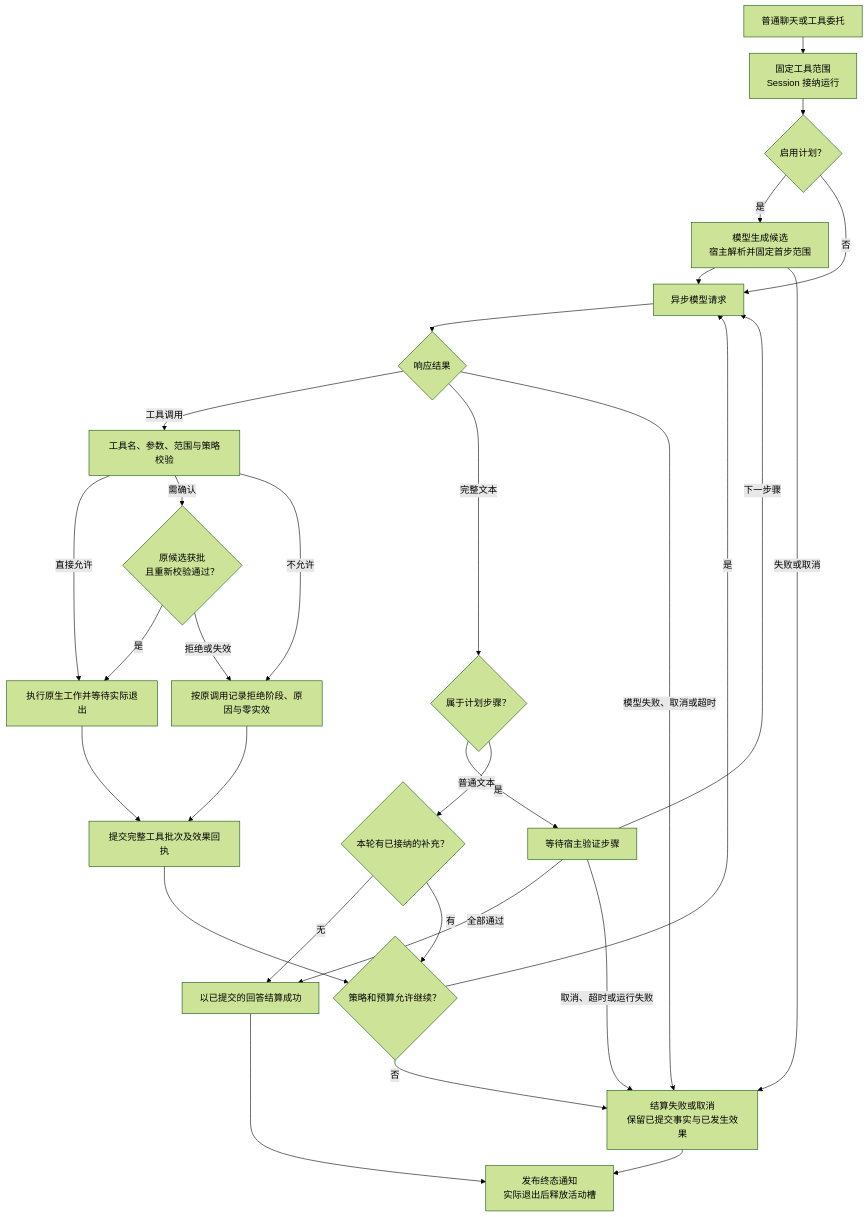
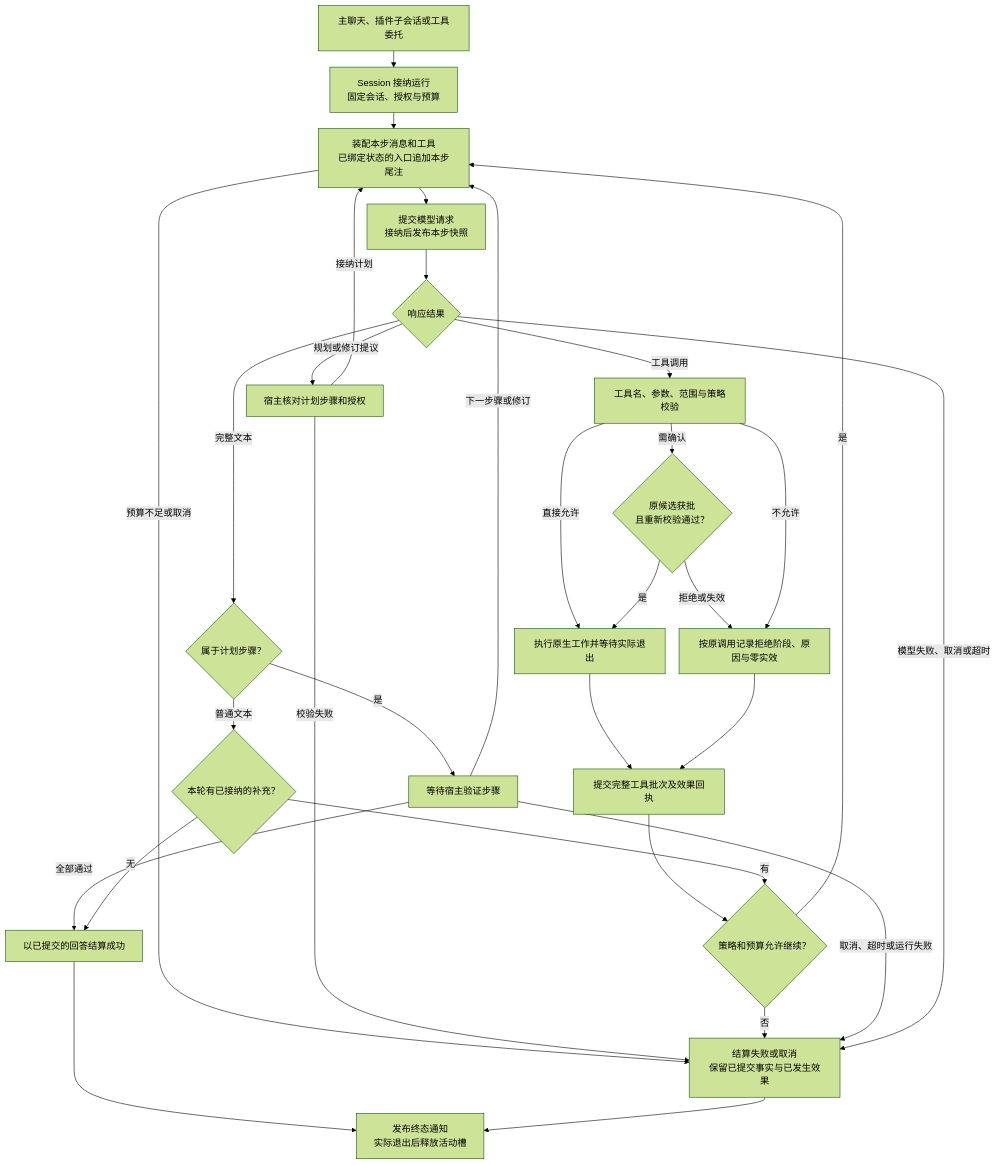
One commit to AuraKaliya/DaFeiYu- changed the second of 5 diagrams in docs/architecture.md. Above: the diagram before and after it, drawn with Mermaid (forest theme). The commit also changed other lines of this file and 5 other files, not shown here.

````diff
--- a/docs/architecture.md
+++ b/docs/architecture.md
@@ -127,38 +128,39 @@
 ```mermaid
 ---
 config:
   flowchart:
     rankSpacing: 28
     nodeSpacing: 24
 ---
 flowchart TB
-    Input["普通聊天或工具委托"] --> Session["固定工具范围<br/>Session 接纳运行"]
-    Session --> Mode{"启用计划？"}
-    Mode -->|是| Prepare["模型生成候选<br/>宿主解析并固定首步范围"]
-    Prepare --> Model["异步模型请求"]
-    Prepare -->|失败或取消| Stop
-    Mode -->|否| Model
+    Input["主聊天、插件子会话或工具委托"] --> Session["Session 接纳运行<br/>固定会话、授权与预算"]
+    Session --> Prepare["装配本步消息和工具<br/>已绑定状态的入口追加本步尾注"]
+    Prepare --> Model["提交模型请求<br/>接纳后发布本步快照"]
+    Prepare -->|预算不足或取消| Stop
     Model --> Response{"响应结果"}
+    Response -->|规划或修订提议| Proposal["宿主核对计划步骤和授权"]
+    Proposal -->|接纳计划| Prepare
+    Proposal -->|校验失败| Stop
     Response -->|工具调用| Check["工具名、参数、范围与策略校验"]
     Check -->|直接允许| Work["执行原生工作并等待实际退出"]
     Check -->|需确认| Approval{"原候选获批<br/>且重新校验通过？"}
     Approval -->|是| Work
     Approval -->|拒绝或失效| Rejected["按原调用记录拒绝阶段、原因与零实效"]
     Check -->|不允许| Rejected
     Work --> Results["提交完整工具批次及效果回执"]
     Rejected --> Results
     Results --> Continue{"策略和预算允许继续？"}
-    Continue -->|是| Model
+    Continue -->|是| Prepare
     Continue -->|否| Stop["结算失败或取消<br/>保留已提交事实与已发生效果"]
     Response -->|完整文本| Plan{"属于计划步骤？"}
     Plan -->|是| Verify["等待宿主验证步骤"]
-    Verify -->|下一步骤| Model
+    Verify -->|下一步骤或修订| Prepare
     Verify -->|全部通过| Done["以已提交的回答结算成功"]
     Verify -->|取消、超时或运行失败| Stop
     Plan -->|普通文本| Pending{"本轮有已接纳的补充？"}
     Pending -->|无| Done
     Pending -->|有| Continue
     Response -->|模型失败、取消或超时| Stop
     Done --> Exit["发布终态通知<br/>实际退出后释放活动槽"]
     Stop --> Exit
 ```
````
